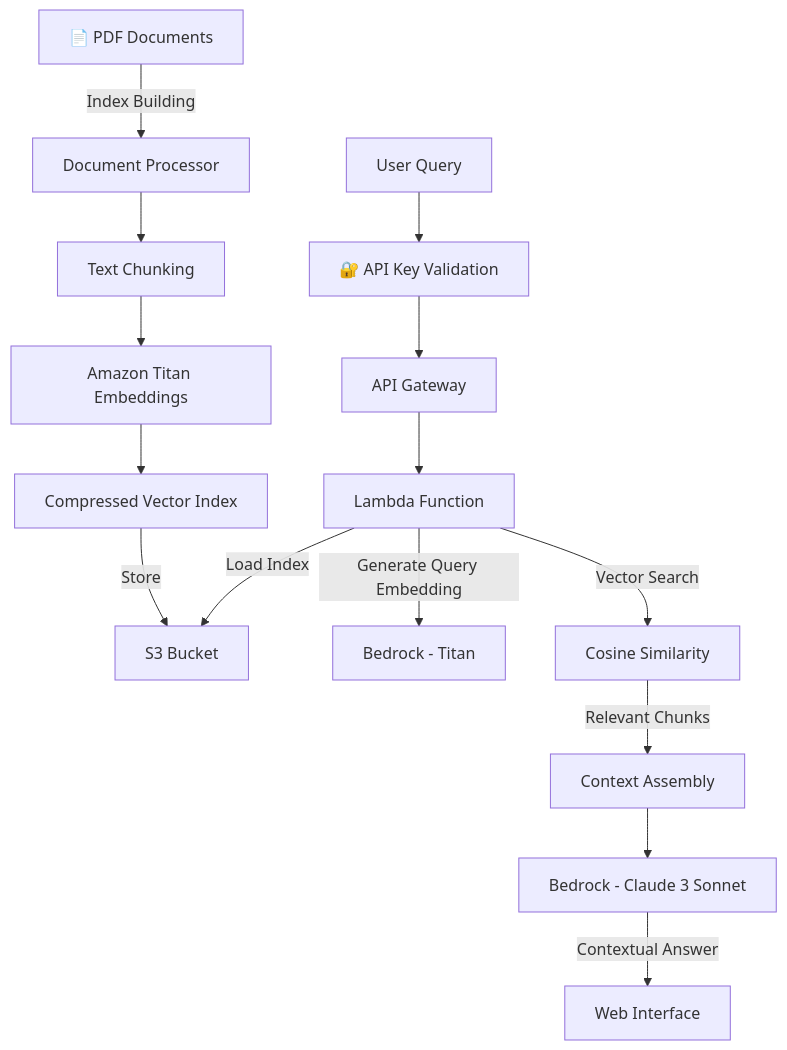
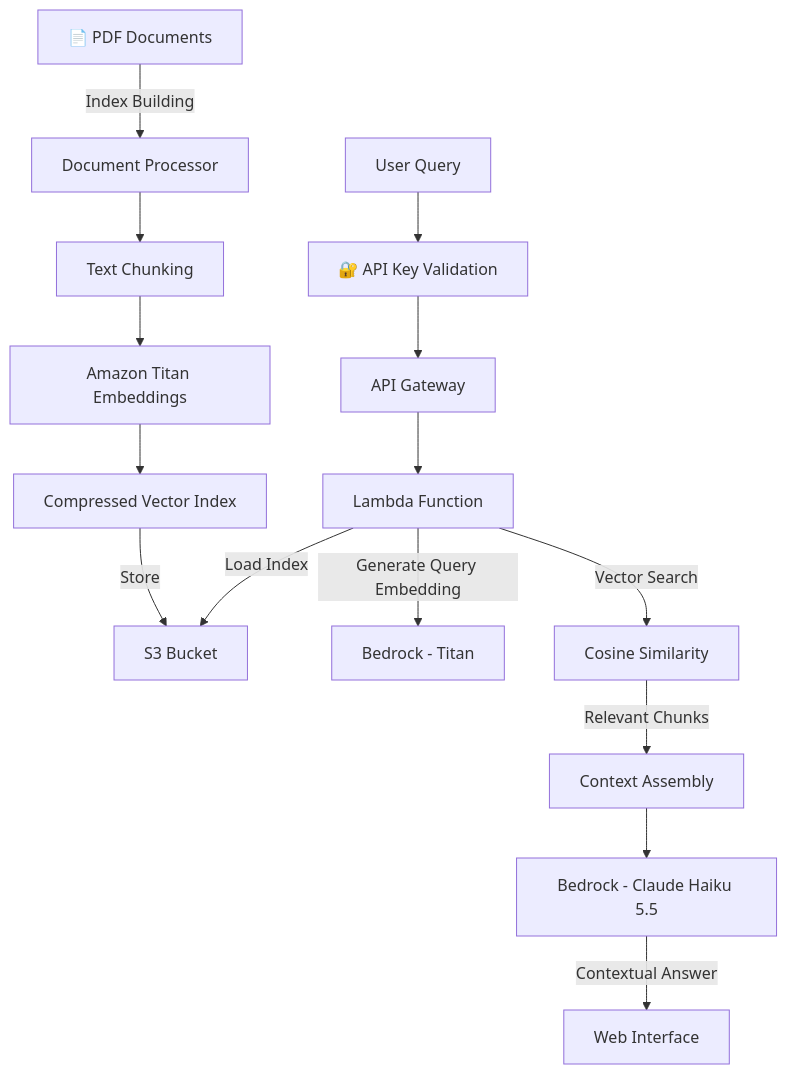
One commit to AndresFMC/rag-documentation-navigator changed the diagram in README.md. Above: the diagram before and after it, drawn with Mermaid. The commit also changed other lines of this file and 2 other files, not shown here.

First line of the commit message:
Migrate from retired Claude 3 Sonnet to Claude Haiku 5.5 (EU inference profile)

````diff
--- a/README.md
+++ b/README.md
@@ -33,18 +35,18 @@
 ```mermaid
 graph TB
     A[📄 PDF Documents] -->|Index Building| B[Document Processor]
     B --> C[Text Chunking]
     C --> D[Amazon Titan Embeddings]
     D --> E[Compressed Vector Index]
     E -->|Store| F[S3 Bucket]
     
     G[User Query] --> H[🔐 API Key Validation]
     H --> I[API Gateway]
     I --> J[Lambda Function]
     J -->|Load Index| F
     J -->|Generate Query Embedding| K[Bedrock - Titan]
     J -->|Vector Search| L[Cosine Similarity]
     L -->|Relevant Chunks| M[Context Assembly]
-    M --> N[Bedrock - Claude 3 Sonnet]
+    M --> N[Bedrock - Claude Haiku 5.5]
     N -->|Contextual Answer| O[Web Interface]
 ```
````
